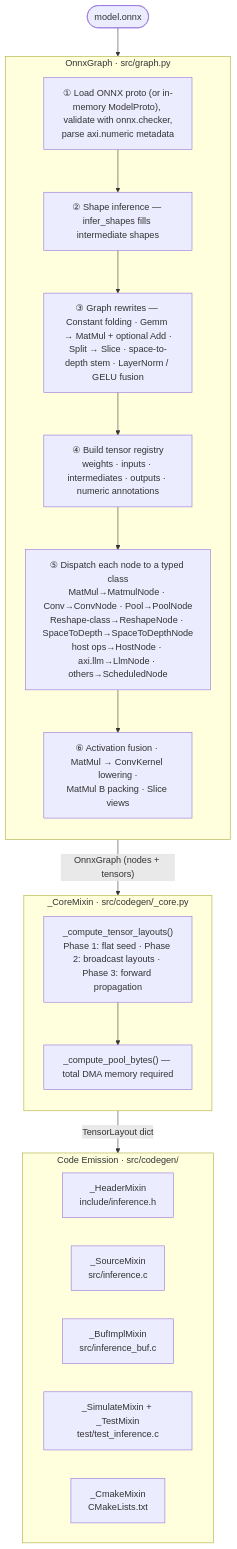
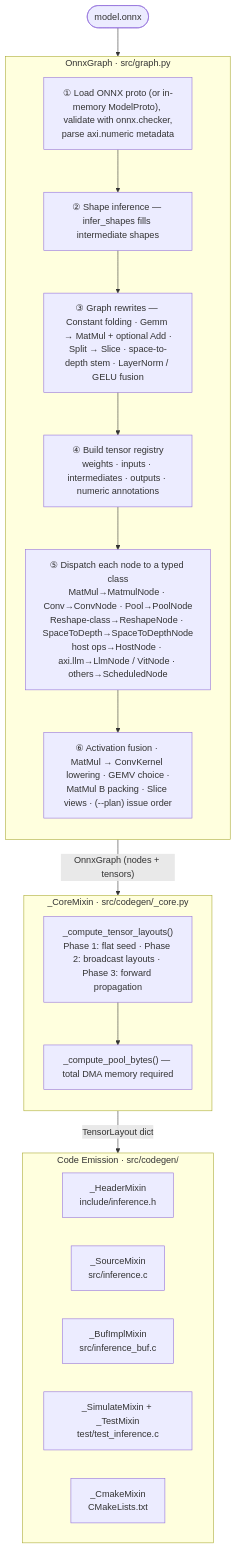
The first of 6 diagrams in inference-scheduler/doc/ARCHITECTURE.md (phoenix367/cormorant), drawn with Mermaid before and after one commit. The commit also changed other lines of this file and 31 other files, not shown here.

````diff
--- a/inference-scheduler/doc/ARCHITECTURE.md
+++ b/inference-scheduler/doc/ARCHITECTURE.md
@@ -28,35 +28,35 @@
 ```mermaid
 flowchart TD
     IN([model.onnx])
 
     subgraph GRAPH["OnnxGraph · src/graph.py"]
         direction TB
         G1["① Load ONNX proto (or in-memory ModelProto), validate with onnx.checker,\nparse axi.numeric metadata"]
         G2["② Shape inference — infer_shapes fills intermediate shapes"]
         G3["③ Graph rewrites — Constant folding · Gemm → MatMul + optional Add ·\nSplit → Slice · space-to-depth stem · LayerNorm / GELU fusion"]
         G4["④ Build tensor registry\nweights · inputs · intermediates · outputs · numeric annotations"]
-        G5["⑤ Dispatch each node to a typed class\nMatMul→MatmulNode · Conv→ConvNode · Pool→PoolNode\nReshape-class→ReshapeNode · SpaceToDepth→SpaceToDepthNode\nhost ops→HostNode · axi.llm→LlmNode · others→ScheduledNode"]
-        G6["⑥ Activation fusion · MatMul → ConvKernel lowering ·\nMatMul B packing · Slice views"]
+        G5["⑤ Dispatch each node to a typed class\nMatMul→MatmulNode · Conv→ConvNode · Pool→PoolNode\nReshape-class→ReshapeNode · SpaceToDepth→SpaceToDepthNode\nhost ops→HostNode · axi.llm→LlmNode / VitNode · others→ScheduledNode"]
+        G6["⑥ Activation fusion · MatMul → ConvKernel lowering · GEMV choice ·\nMatMul B packing · Slice views · (--plan) issue order"]
         G1 --> G2 --> G3 --> G4 --> G5 --> G6
     end
 
     subgraph CORE["_CoreMixin · src/codegen/_core.py"]
         direction TB
         C1["_compute_tensor_layouts()\nPhase 1: flat seed · Phase 2: broadcast layouts · Phase 3: forward propagation"]
         C2["_compute_pool_bytes() — total DMA memory required"]
         C1 --> C2
     end
 
     subgraph EMIT["Code Emission · src/codegen/"]
         direction LR
         H["_HeaderMixin\ninclude/inference.h"]
         S["_SourceMixin\nsrc/inference.c"]
         B["_BufImplMixin\nsrc/inference_buf.c"]
         T["_SimulateMixin + _TestMixin\ntest/test_inference.c"]
         CM["_CmakeMixin\nCMakeLists.txt"]
     end
 
     IN --> GRAPH
     GRAPH -- "OnnxGraph (nodes + tensors)" --> CORE
     CORE -- "TensorLayout dict" --> EMIT
 ```
````
